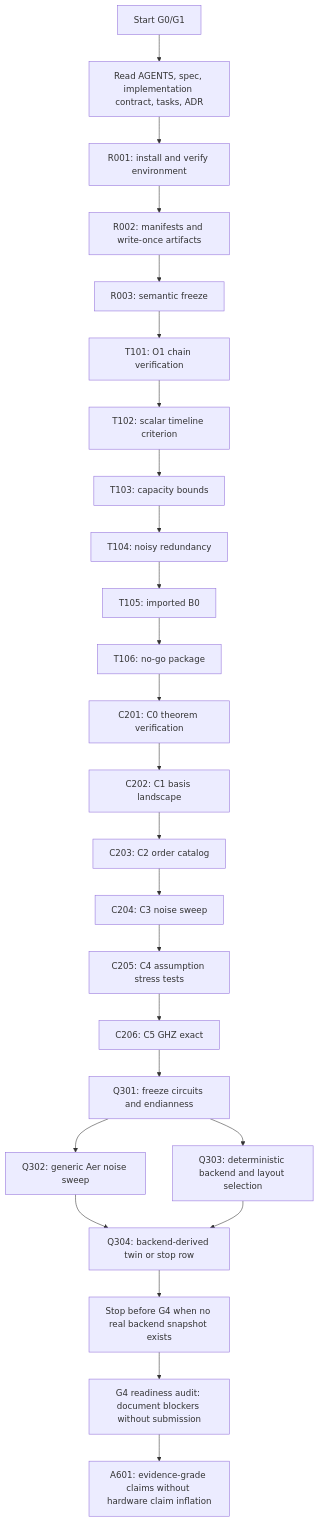
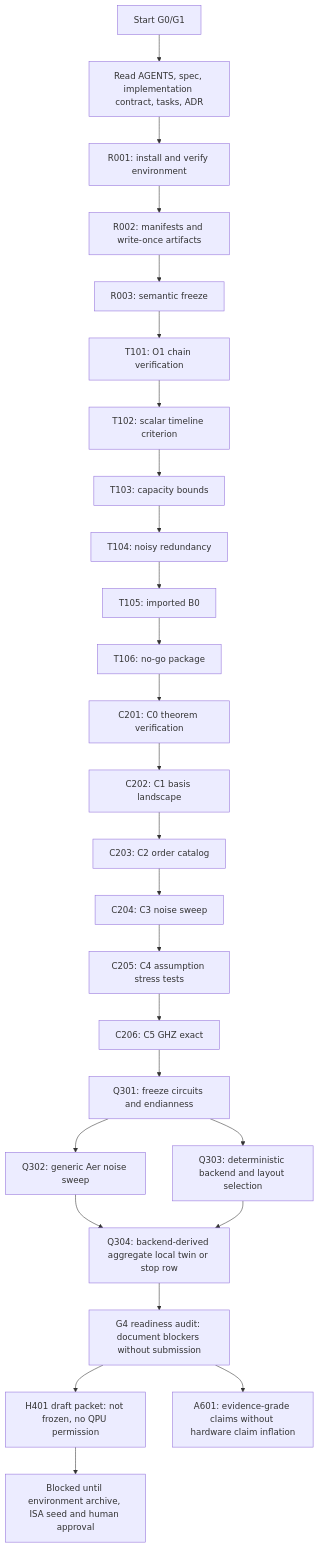
One commit to detasar/quantum-time-experiment changed the third of 5 diagrams in docs/ARCHITECTURE.md. Above: the diagram before and after it, drawn with Mermaid. The commit also changed other lines of this file and 47 other files, not shown here.

````diff
--- a/docs/ARCHITECTURE.md
+++ b/docs/ARCHITECTURE.md
@@ -92,27 +99,28 @@
 ```mermaid
 flowchart TD
     Start["Start G0/G1"] --> ReadSpec["Read AGENTS, spec, implementation contract, tasks, ADR"]
     ReadSpec --> R001["R001: install and verify environment"]
     R001 --> R002["R002: manifests and write-once artifacts"]
     R002 --> R003["R003: semantic freeze"]
     R003 --> T101["T101: O1 chain verification"]
     T101 --> T102["T102: scalar timeline criterion"]
     T102 --> T103["T103: capacity bounds"]
     T103 --> T104["T104: noisy redundancy"]
     T104 --> T105["T105: imported B0"]
     T105 --> T106["T106: no-go package"]
     T106 --> C201["C201: C0 theorem verification"]
     C201 --> C202["C202: C1 basis landscape"]
     C202 --> C203["C203: C2 order catalog"]
     C203 --> C204["C204: C3 noise sweep"]
     C204 --> C205["C205: C4 assumption stress tests"]
     C205 --> C206["C206: C5 GHZ exact"]
     C206 --> Q301["Q301: freeze circuits and endianness"]
     Q301 --> Q302["Q302: generic Aer noise sweep"]
     Q301 --> Q303["Q303: deterministic backend and layout selection"]
-    Q302 --> Q304["Q304: backend-derived twin or stop row"]
+    Q302 --> Q304["Q304: backend-derived aggregate local twin or stop row"]
     Q303 --> Q304
-    Q304 --> G3Stop["Stop before G4 when no real backend snapshot exists"]
-    G3Stop --> G4Audit["G4 readiness audit: document blockers without submission"]
+    Q304 --> G4Audit["G4 readiness audit: document blockers without submission"]
+    G4Audit --> H401Draft["H401 draft packet: not frozen, no QPU permission"]
+    H401Draft --> G4Blocked["Blocked until environment archive, ISA seed and human approval"]
     G4Audit --> A601["A601: evidence-grade claims without hardware claim inflation"]
 ```
````
